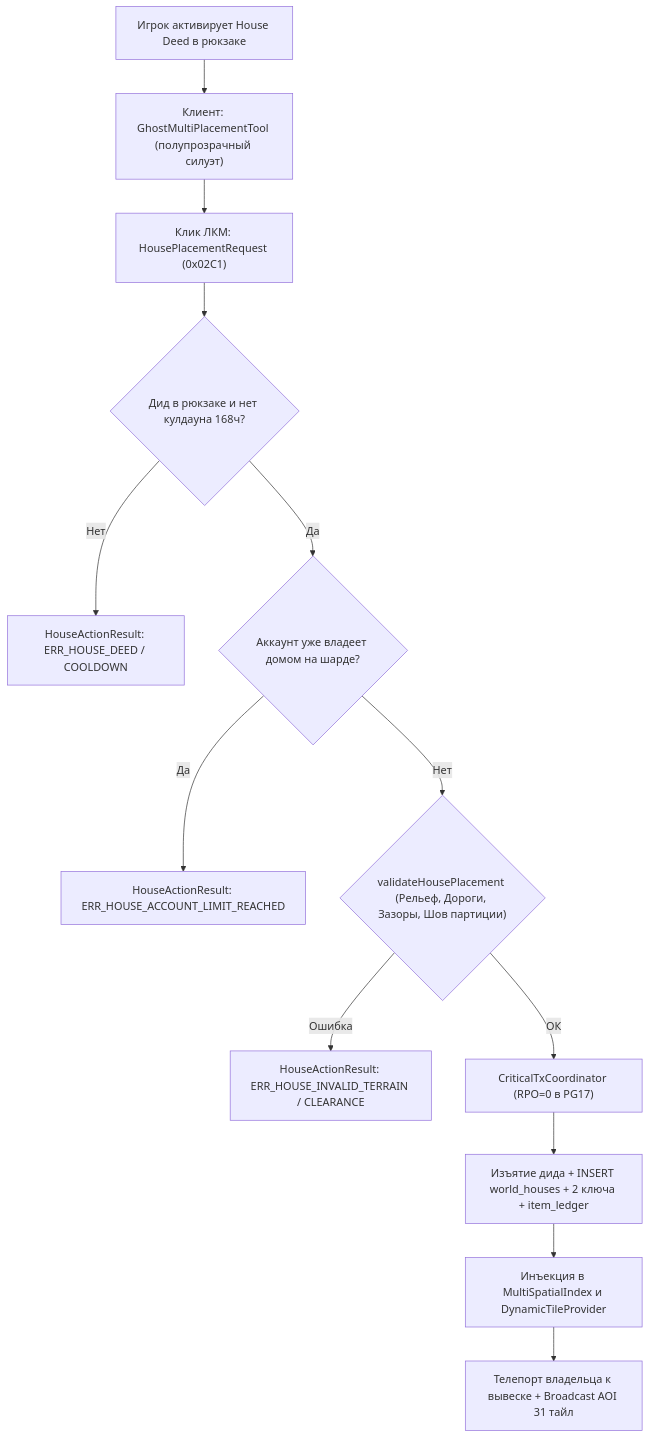
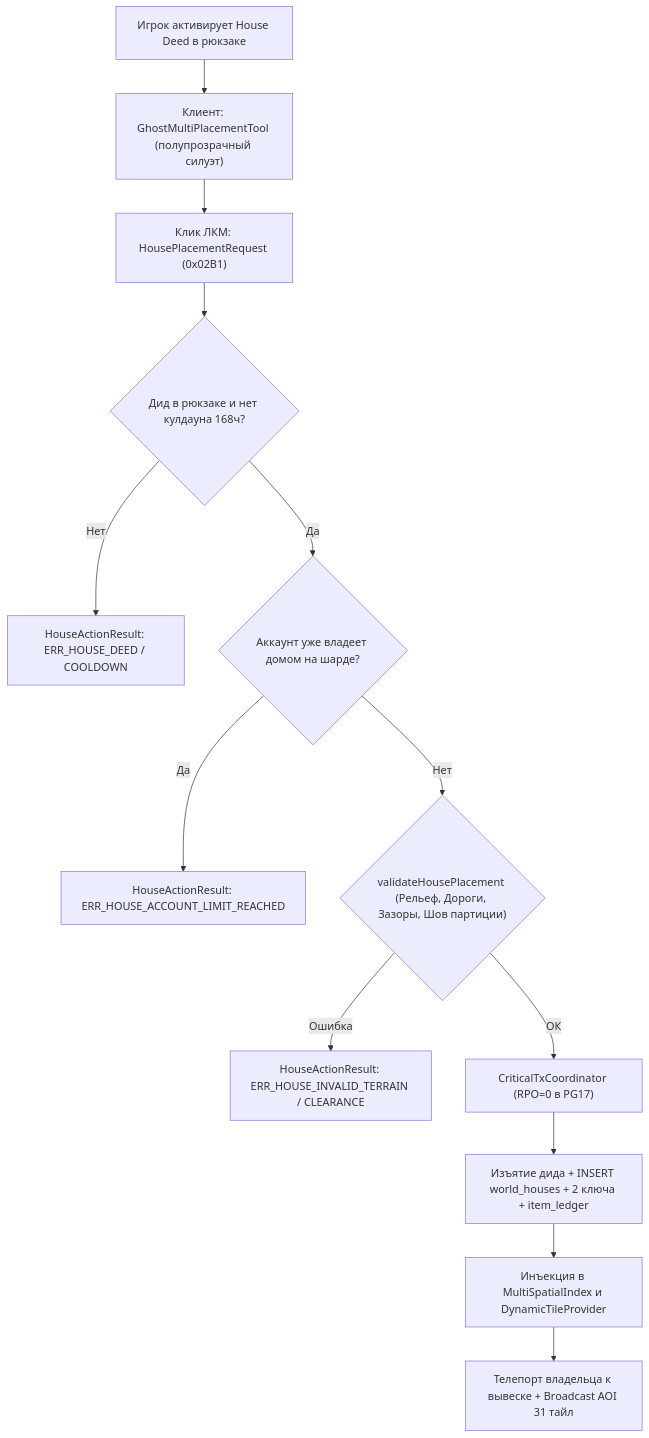
The first of 3 diagrams in openspec/changes/p23-housing/design.md (SergioAndreev/uo3), drawn with Mermaid before and after one commit. The commit also changed other lines of this file and 188 other files, not shown here.

````diff
--- a/openspec/changes/p23-housing/design.md
+++ b/openspec/changes/p23-housing/design.md
@@ -155,15 +155,15 @@
 ```mermaid
 flowchart TD
     A["Игрок активирует House Deed в рюкзаке"] --> B["Клиент: GhostMultiPlacementTool (полупрозрачный силуэт)"]
-    B --> C["Клик ЛКМ: HousePlacementRequest (0x02C1)"]
+    B --> C["Клик ЛКМ: HousePlacementRequest (0x02B1)"]
     C --> D{"Дид в рюкзаке и нет кулдауна 168ч?"}
     D -- "Нет" --> E["HouseActionResult: ERR_HOUSE_DEED / COOLDOWN"]
     D -- "Да" --> F{"Аккаунт уже владеет домом на шарде?"}
     F -- "Да" --> G["HouseActionResult: ERR_HOUSE_ACCOUNT_LIMIT_REACHED"]
     F -- "Нет" --> H{"validateHousePlacement (Рельеф, Дороги, Зазоры, Шов партиции)"}
     H -- "Ошибка" --> I["HouseActionResult: ERR_HOUSE_INVALID_TERRAIN / CLEARANCE"]
     H -- "ОК" --> J["CriticalTxCoordinator (RPO=0 в PG17)"]
     J --> K["Изъятие дида + INSERT world_houses + 2 ключа + item_ledger"]
     K --> L["Инъекция в MultiSpatialIndex и DynamicTileProvider"]
     L --> M["Телепорт владельца к вывеске + Broadcast AOI 31 тайл"]
 ```
````
